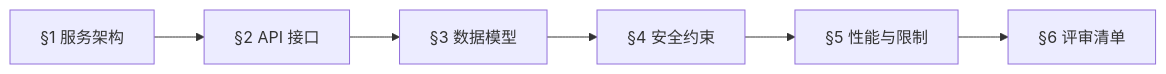
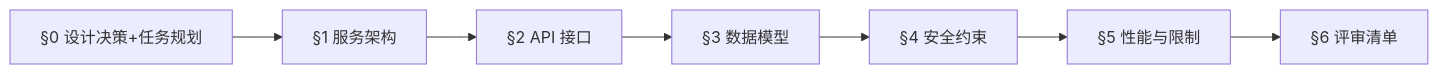
Before and after one commit to effiy/YrY: the sixth of 14 diagrams in skills/rui/formulas.md, drawn with Mermaid. The commit also changed other lines of this file and 9 other files, not shown here.

````diff
--- a/skills/rui/formulas.md
+++ b/skills/rui/formulas.md
@@ -255,8 +362,9 @@
 ```mermaid
 flowchart LR
-    S1["§1 服务架构"] --> S2["§2 API 接口"]
+    S0["§0 设计决策+任务规划"] --> S1["§1 服务架构"]
+    S1 --> S2["§2 API 接口"]
     S2 --> S3["§3 数据模型"]
     S3 --> S4["§4 安全约束"]
     S4 --> S5["§5 性能与限制"]
     S5 --> S6["§6 评审清单"]
 ```
````
